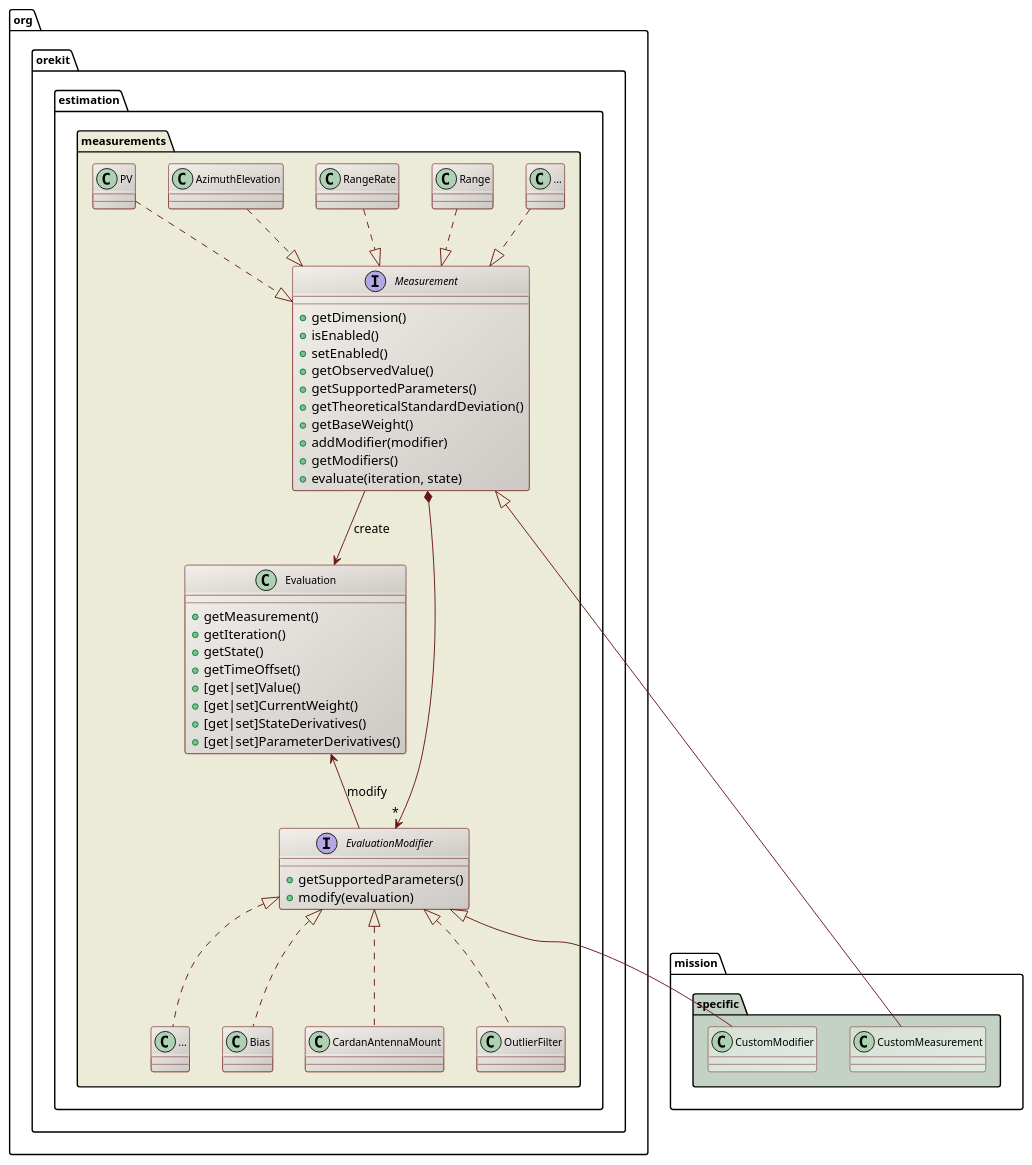
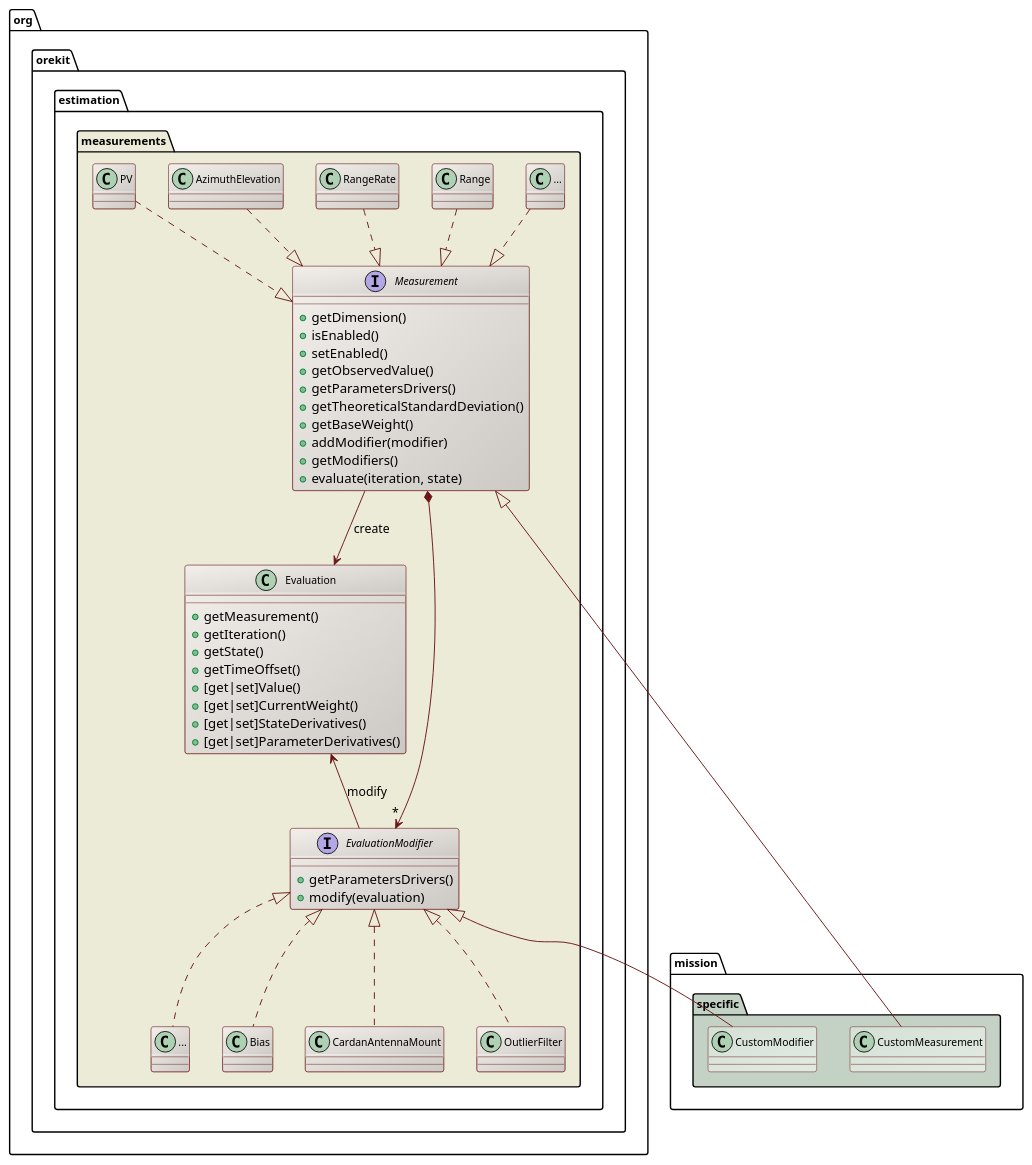
The diagram in src/design/orbit-determination-measurements-class-diagram.puml (CS-SI/Orekit), drawn with PlantUML before and after one commit. The commit also changed 33 other files, not shown here.

```diff
--- a/src/design/orbit-determination-measurements-class-diagram.puml
+++ b/src/design/orbit-determination-measurements-class-diagram.puml
@@ -17,69 +17,69 @@
 @startuml
 
   skinparam svek                  true
   skinparam ClassBackgroundColor  #F3EFEB/CCC9C5
   skinparam ClassArrowColor       #691616
   skinparam ClassBorderColor      #691616
   skinparam NoteBackgroundColor   #F3EFEB
   skinparam NoteBorderColor       #691616
   skinparam NoteFontColor         #691616
   skinparam ClassFontSize         11
   skinparam PackageFontSize       12
 
   package org.orekit.estimation.measurements #ECEBD8 {
 
     interface Measurement {
       +getDimension()
       +isEnabled()
       +setEnabled()
       +getObservedValue()
-      +getSupportedParameters()
+      +getParametersDrivers()
       +getTheoreticalStandardDeviation()
       +getBaseWeight()
       +addModifier(modifier)
       +getModifiers()
       +evaluate(iteration, state)
     }
     
     class Evaluation {
       +getMeasurement()
       +getIteration()
       +getState()
       +getTimeOffset()
       +[get|set]Value()
       +[get|set]CurrentWeight()
       +[get|set]StateDerivatives()
       +[get|set]ParameterDerivatives()
     }
     
     interface EvaluationModifier {
-      +getSupportedParameters()
+      +getParametersDrivers()
       +modify(evaluation)
     }
     
     class "..." as OtherModifier
     
     Measurement *--> "*" EvaluationModifier
     Measurement --> Evaluation : create
     Evaluation <-- EvaluationModifier : modify
     class "..." as OtherMeasurement
     OtherMeasurement   ..|> Measurement
     Range              ..|> Measurement
     RangeRate          ..|> Measurement
     AzimuthElevation   ..|> Measurement
     PV                 ..|> Measurement
     EvaluationModifier <|.. Bias
     EvaluationModifier <|.. CardanAntennaMount
     EvaluationModifier <|.. OutlierFilter
     EvaluationModifier <|.. OtherModifier
 
   }
 
   package mission.specific #C4D2C5 {
     class CustomModifier #D5E0D5/E2EBE2
     class CustomMeasurement #D5E0D5/E2EBE2
     Measurement <|-- CustomMeasurement
     EvaluationModifier <|-- CustomModifier
   }
 
 @enduml
```
